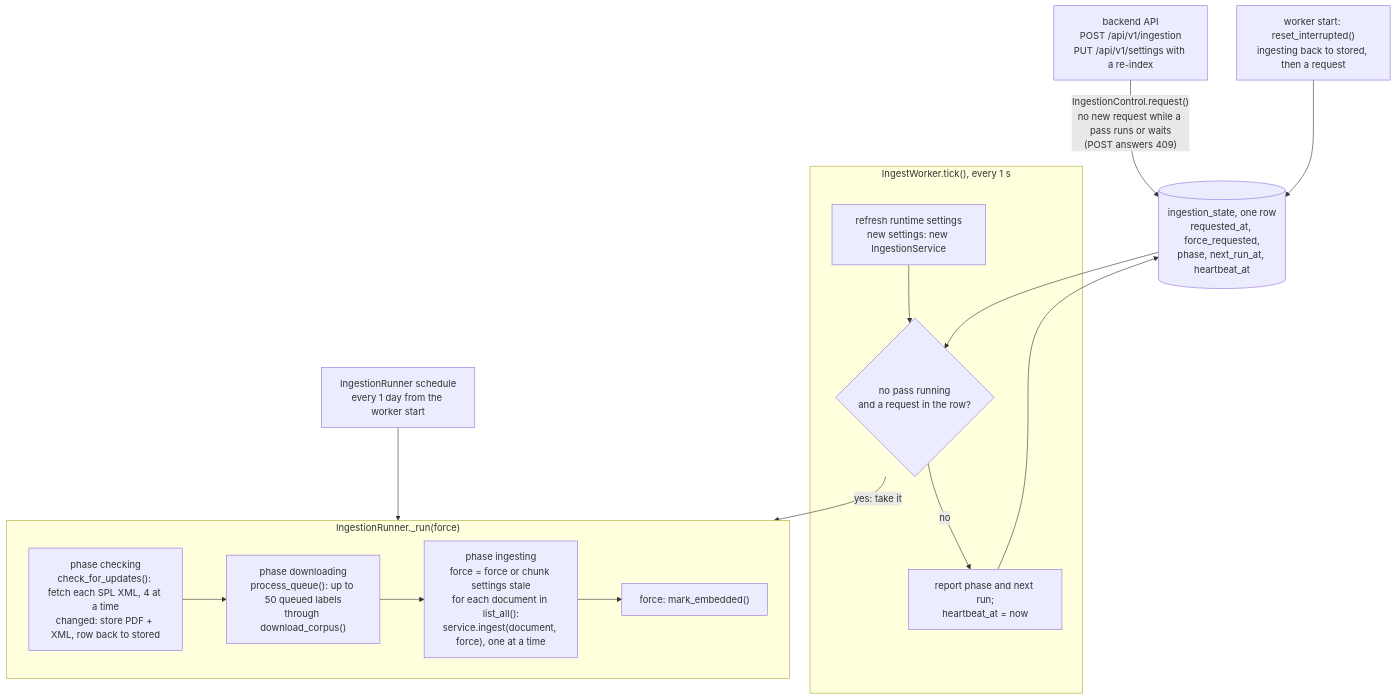
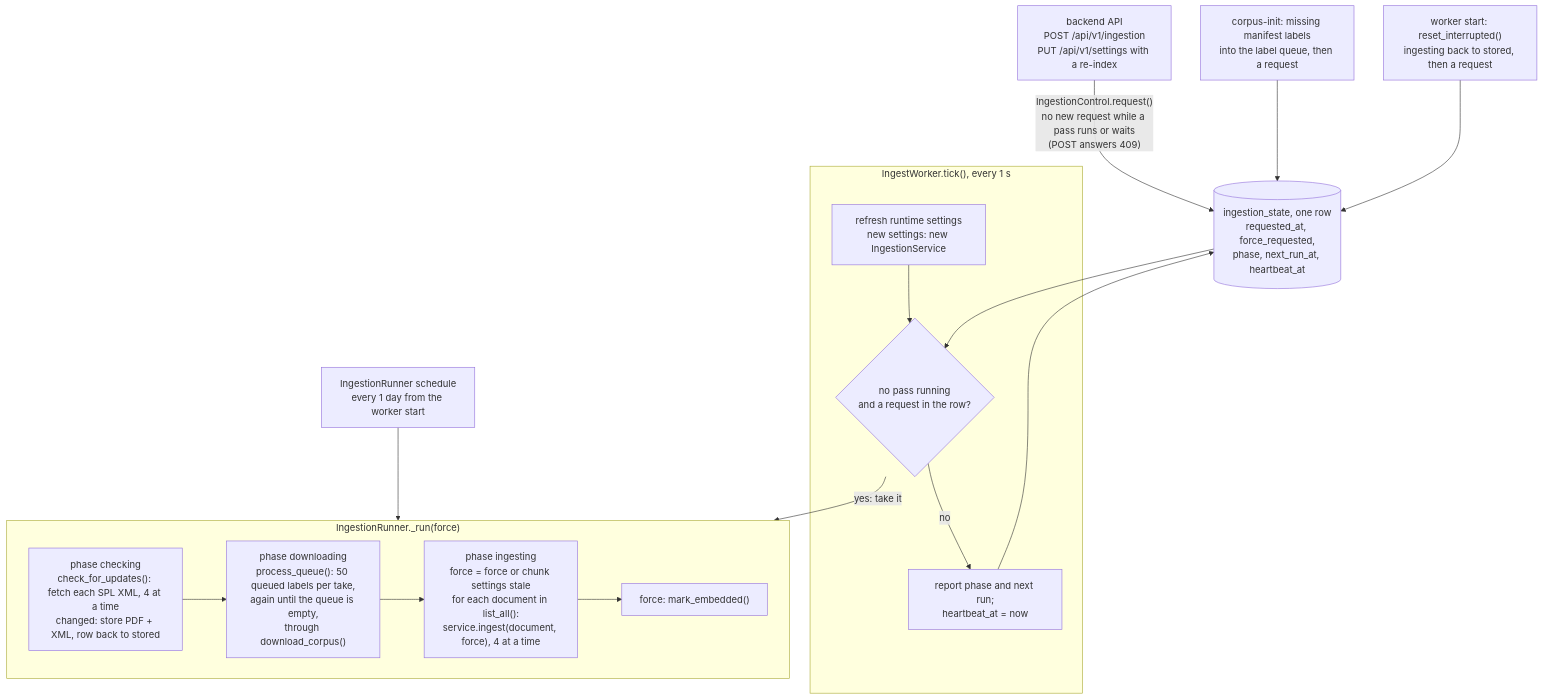
Before and after one commit to G-MAKROGLOU/docuchat: the first of 2 diagrams in docs/diagrams/ingestion.md, drawn with Mermaid. The commit also changed other lines of this file and 17 other files, not shown here.

First line of the commit message:
refactor(backend): fill the library through the label queue and remove the CLIs

````diff
--- a/docs/diagrams/ingestion.md
+++ b/docs/diagrams/ingestion.md
@@ -7,25 +7,26 @@
 ```mermaid
 flowchart TD
     api["backend API<br/>POST /api/v1/ingestion<br/>PUT /api/v1/settings with a re-index"] -->|"IngestionControl.request()<br/>no new request while a pass runs or waits<br/>(POST answers 409)"| state[("ingestion_state, one row<br/>requested_at, force_requested,<br/>phase, next_run_at, heartbeat_at")]
+    init["corpus-init: missing manifest labels<br/>into the label queue, then a request"] --> state
     boot["worker start: reset_interrupted()<br/>ingesting back to stored, then a request"] --> state
     sched["IngestionRunner schedule<br/>every 1 day from the worker start"] --> pass
 
     subgraph tick["IngestWorker.tick(), every 1 s"]
         refresh["refresh runtime settings<br/>new settings: new IngestionService"]
         take{"no pass running<br/>and a request in the row?"}
         report["report phase and next run;<br/>heartbeat_at = now"]
         refresh --> take
         take -->|no| report
     end
     state --> take
     take -->|"yes: take it"| pass
     report --> state
 
     subgraph pass["IngestionRunner._run(force)"]
         checking["phase checking<br/>check_for_updates(): fetch each SPL XML, 4 at a time<br/>changed: store PDF + XML, row back to stored"]
-        downloading["phase downloading<br/>process_queue(): up to 50 queued labels<br/>through download_corpus()"]
-        ingesting["phase ingesting<br/>force = force or chunk settings stale<br/>for each document in list_all():<br/>service.ingest(document, force), one at a time"]
+        downloading["phase downloading<br/>process_queue(): 50 queued labels per take,<br/>again until the queue is empty,<br/>through download_corpus()"]
+        ingesting["phase ingesting<br/>force = force or chunk settings stale<br/>for each document in list_all():<br/>service.ingest(document, force), 4 at a time"]
         mark["force: mark_embedded()"]
         checking --> downloading --> ingesting --> mark
     end
 ```
````
